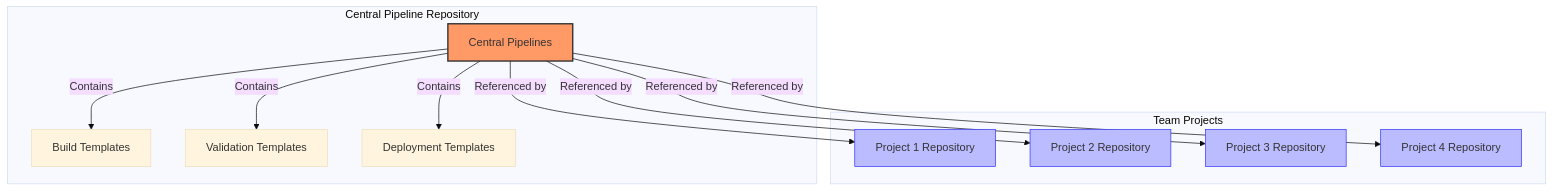
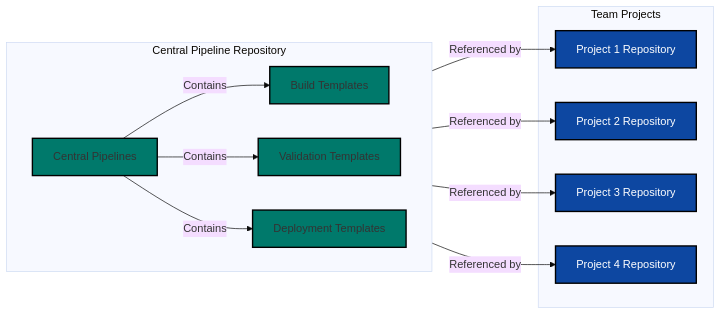
One commit to tw3lveparsecs/tw3lveparsecs.github.io changed the first of 8 diagrams in _posts/2025-03-31-azure-iac-devops-series-central-pipelines.md. Above: the diagram before and after it, drawn with Mermaid (base theme). The commit also changed other lines of this file, not shown here.

````diff
--- a/_posts/2025-03-31-azure-iac-devops-series-central-pipelines.md
+++ b/_posts/2025-03-31-azure-iac-devops-series-central-pipelines.md
@@ -19,26 +21,27 @@
 ```mermaid
-flowchart TD
+flowchart LR
     subgraph "Central Pipeline Repository"
+        direction LR
         CP[Central Pipelines]
         CP --> |Contains| B[Build Templates]
         CP --> |Contains| V[Validation Templates]
         CP --> |Contains| D[Deployment Templates]
     end
 
     subgraph "Team Projects"
         P1[Project 1 Repository]
         P2[Project 2 Repository]
         P3[Project 3 Repository]
         P4[Project 4 Repository]
     end
 
     CP --> |Referenced by| P1
     CP --> |Referenced by| P2
     CP --> |Referenced by| P3
     CP --> |Referenced by| P4
 
-    classDef central fill:#f96,stroke:#333,stroke-width:2px
-    classDef projects fill:#bbf,stroke:#33f,stroke-width:1px
-    class CP central
+    classDef central fill:#00796b,stroke:#000,stroke-width:2px
+    classDef projects fill:#0d47a1,color:#fff, stroke:#000,stroke-width:2px
+    class CP,B,V,D central
     class P1,P2,P3,P4 projects
 ```
````
